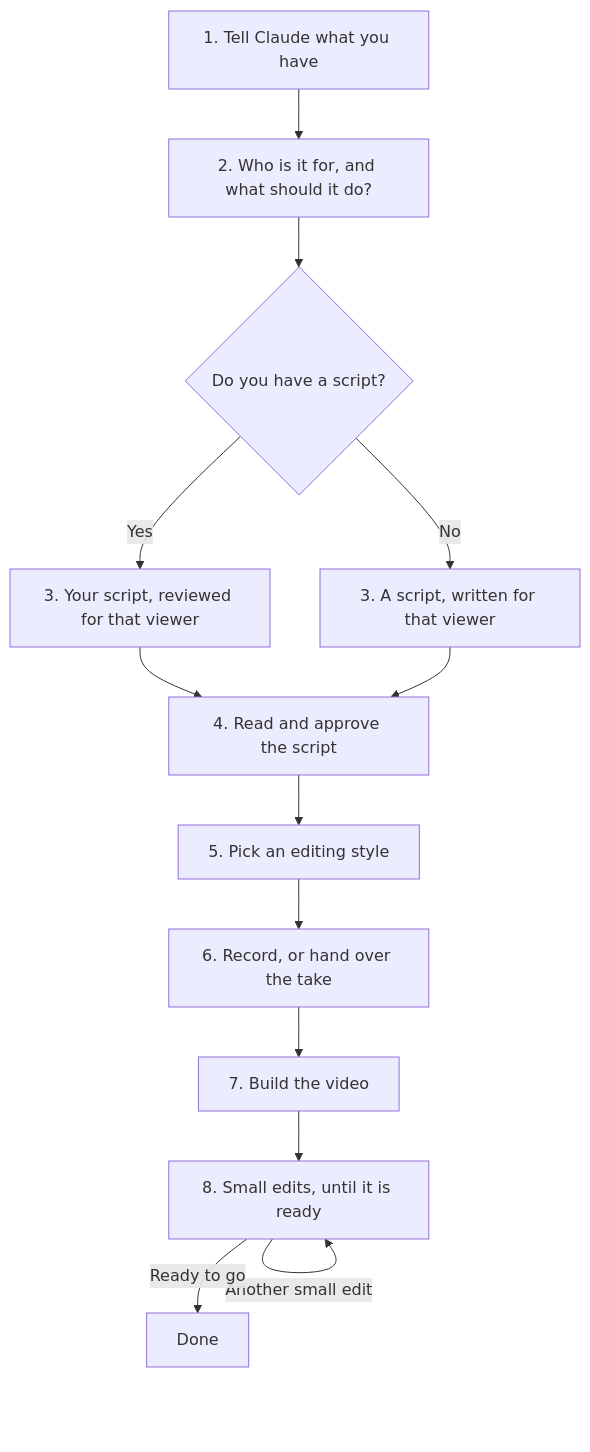
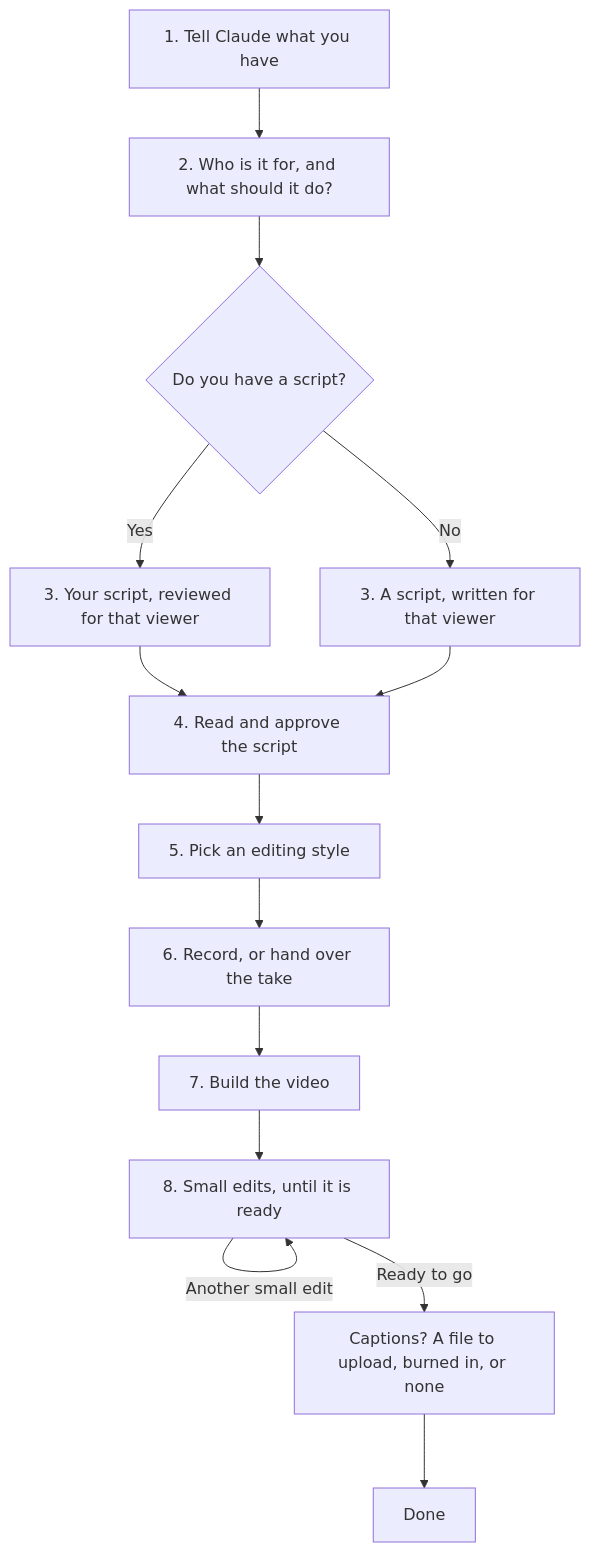
The diagram in README.md (jkupchanko/qdrant-video-suite), drawn with Mermaid before and after one commit. The commit also changed other lines of this file and 10 other files, not shown here.

````diff
--- a/README.md
+++ b/README.md
@@ -17,15 +17,16 @@
 ```mermaid
 flowchart TD
     A["1. Tell Claude what you have"] --> B["2. Who is it for, and what should it do?"]
     B --> C{"Do you have a script?"}
     C -- "Yes" --> D["3. Your script, reviewed for that viewer"]
     C -- "No" --> E["3. A script, written for that viewer"]
     D --> F["4. Read and approve the script"]
     E --> F
     F --> G["5. Pick an editing style"]
     G --> H["6. Record, or hand over the take"]
     H --> I["7. Build the video"]
     I --> J["8. Small edits, until it is ready"]
     J -- "Another small edit" --> J
-    J -- "Ready to go" --> K["Done"]
+    J -- "Ready to go" --> L["Captions? A file to upload, burned in, or none"]
+    L --> K["Done"]
 ```
````
